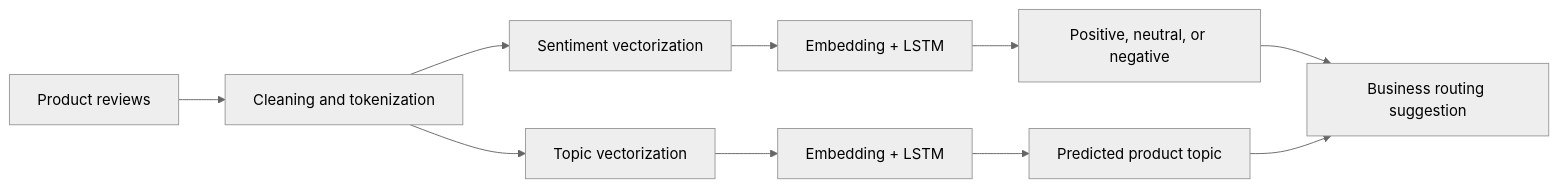
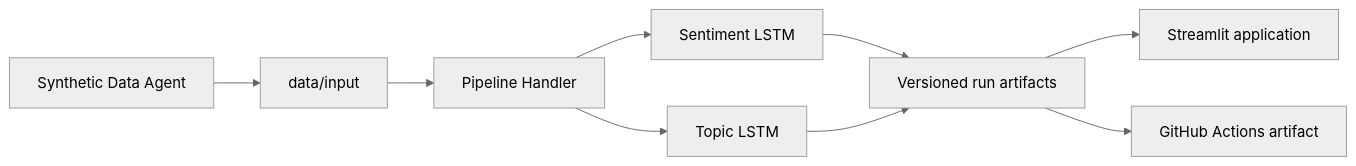
One commit to ozsp12/lstm_for_the_win changed the diagram in README.md. Above: the diagram before and after it, drawn with Mermaid (neutral theme). The commit also changed other lines of this file and 37 other files, not shown here.

Commit message:
replace notebook demo with Streamlit application

````diff
--- a/README.md
+++ b/README.md
@@ -12,12 +12,11 @@
 ```mermaid
 flowchart LR
-    A["Product reviews"] --> B["Cleaning and tokenization"]
-    B --> C["Sentiment vectorization"]
-    C --> D["Embedding + LSTM"]
-    D --> E["Positive, neutral, or negative"]
-    B --> F["Topic vectorization"]
-    F --> G["Embedding + LSTM"]
-    G --> H["Predicted product topic"]
-    E --> I["Business routing suggestion"]
-    H --> I
+    A["Synthetic Data Agent"] --> B["data/input"]
+    B --> C["Pipeline Handler"]
+    C --> D["Sentiment LSTM"]
+    C --> E["Topic LSTM"]
+    D --> F["Versioned run artifacts"]
+    E --> F
+    F --> G["Streamlit application"]
+    F --> H["GitHub Actions artifact"]
 ```
````
